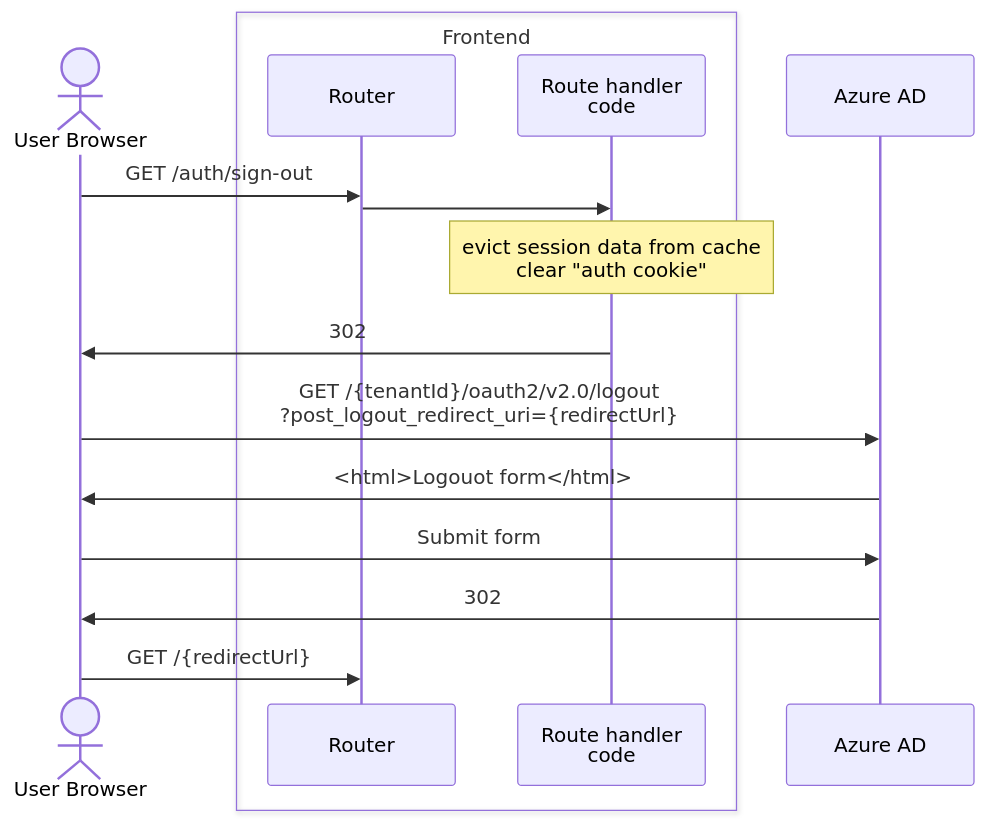
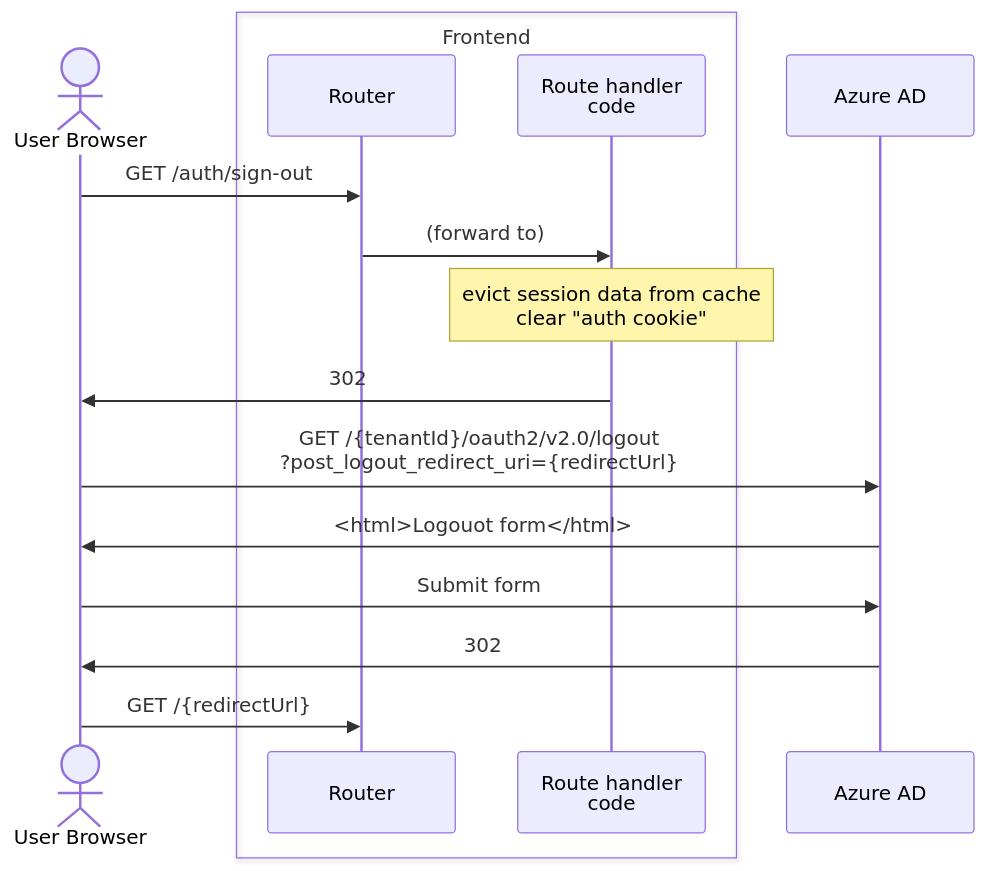
Before and after one commit to DEFRA/epr-backend: the fourth of 4 diagrams in docs/architecture/discovery/pepr-lld-auth-admin-ui.md, drawn with Mermaid. The commit also changed other lines of this file, not shown here.

Commit message:
Fix mermaid syntax errors

````diff
--- a/docs/architecture/discovery/pepr-lld-auth-admin-ui.md
+++ b/docs/architecture/discovery/pepr-lld-auth-admin-ui.md
@@ -166,20 +166,20 @@
 ```mermaid
 sequenceDiagram
 
 Actor U as User Browser
 box Frontend
   participant router as Router
   participant route as Route handler<br/>code
 end
 participant AAD as Azure AD
 
 U->>router: GET /auth/sign-out
-router->>route:
+router->>route: (forward to)
 note over route: evict session data from cache<br/>clear "auth cookie"
 route->>U: 302
 U->>AAD: GET /{tenantId}/oauth2/v2.0/logout<br/>?post_logout_redirect_uri={redirectUrl}
 AAD->>U: <html>Logouot form</html>
 U->>AAD: Submit form
 AAD->>U: 302
 U->>router: GET /{redirectUrl}
 ```
````
